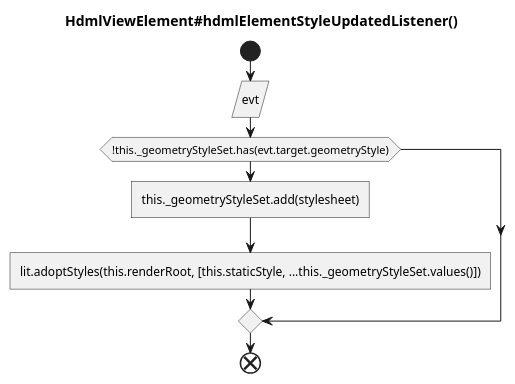
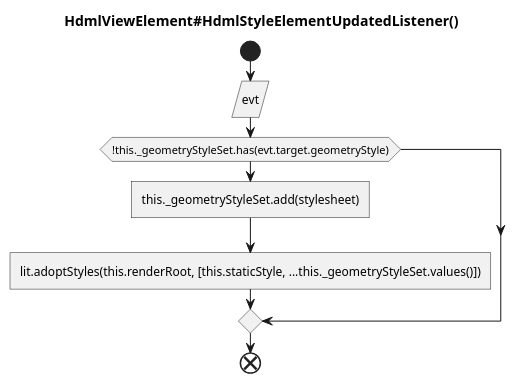
Diagram 24 of 32 in puml/renderer.puml (hdml-github/hdml-github.github.io), drawn with PlantUML before and after one commit. The commit also changed other lines of this file and 8 other files, not shown here.

```diff
--- a/puml/renderer.puml
+++ b/puml/renderer.puml
@@ -558,11 +623,11 @@
-@startuml HdmlViewElement_hdmlElementStyleUpdatedListener
-  title HdmlViewElement#hdmlElementStyleUpdatedListener()
+@startuml HdmlViewElement_HdmlStyleElementUpdatedListener
+  title HdmlViewElement#HdmlStyleElementUpdatedListener()
 
   start
     :evt/
     if (!this._geometryStyleSet.has(evt.target.geometryStyle))
       :this._geometryStyleSet.add(stylesheet)]
       :lit.adoptStyles(this.renderRoot, [this.staticStyle, ...this._geometryStyleSet.values()])]
     endif
   end
 @enduml
```
